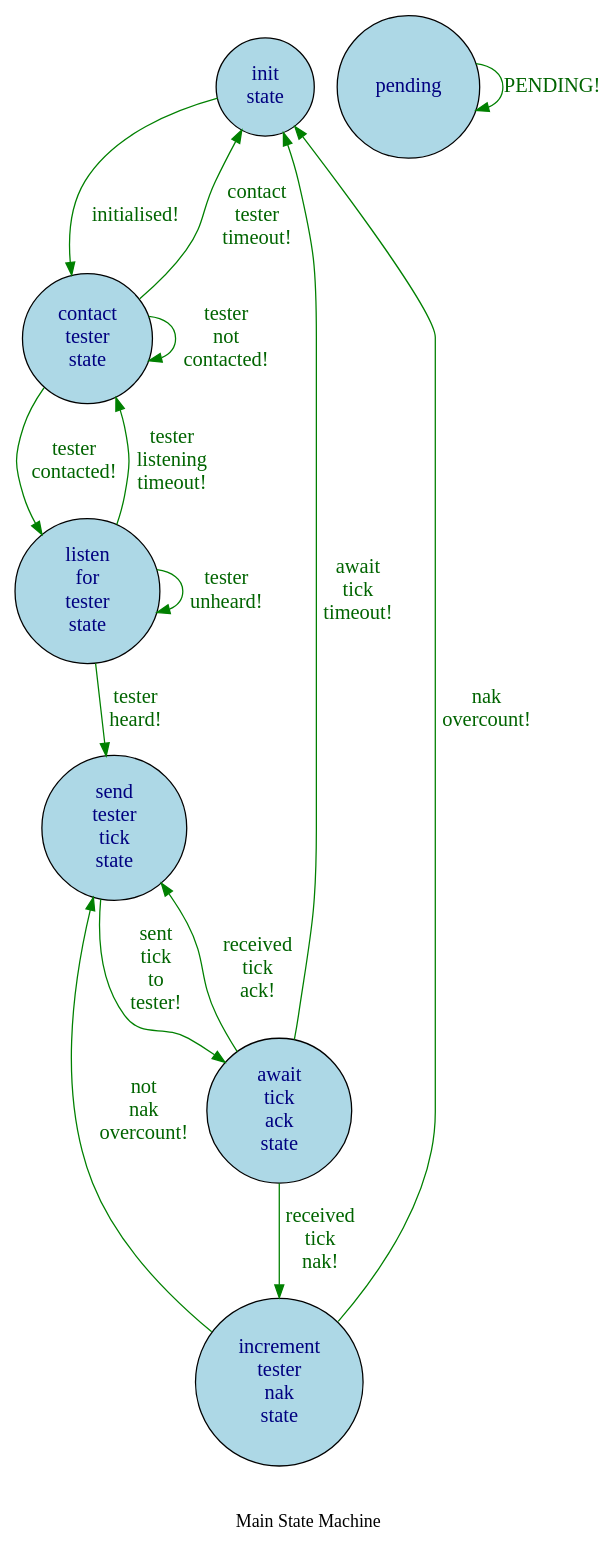
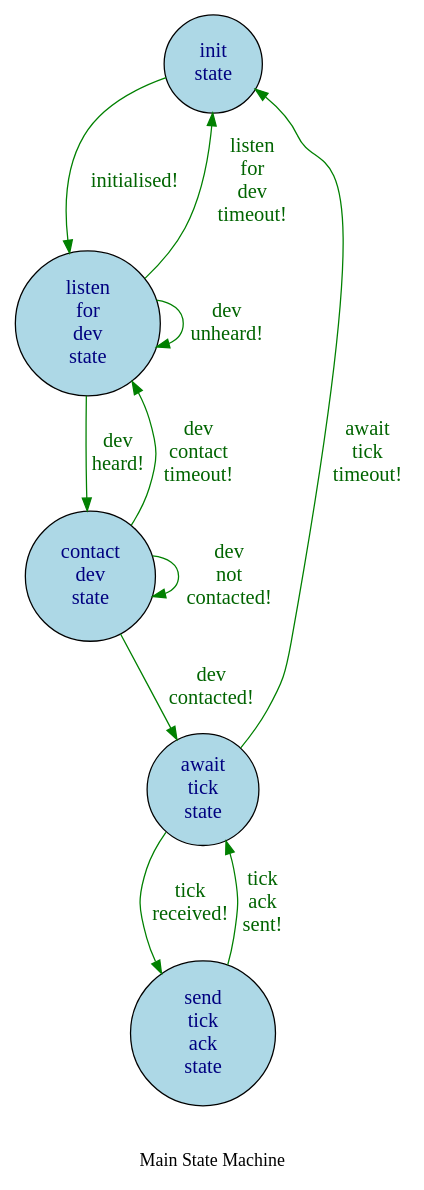
One commit to mjago/sprockets changed the diagram in lib/temp_tertiary_state_machine.dot. Above: the diagram before and after it, drawn with Graphviz. The commit also changed 7 other files, not shown here.

```diff
--- a/lib/temp_tertiary_state_machine.dot
+++ b/lib/temp_tertiary_state_machine.dot
@@ -1,33 +1,25 @@
 digraph draw_state_machine {
   graph [bgcolor = white, label = "\n\nMain State Machine", rankdir = "UD"];
   edge [color = green, fontcolor = darkgreen, fontname = "verdana", fontsize = "16", url = "http://google.com"];
   node [color = black, fillcolor = lightblue, fontcolor = navyblue, fontname = "verdana", fontsize = "16", shape = circle, style = filled, url = "http://google.com"];
   init_state [label = "init\nstate"];
-  init_state -> contact_tester_state [label = "initialised!"];
-  contact_tester_state [label = "contact\ntester\nstate"];
-  contact_tester_state -> contact_tester_state [label = "tester\nnot\ncontacted!"];
-  contact_tester_state [label = "contact\ntester\nstate"];
-  contact_tester_state -> listen_for_tester_state [label = "tester\ncontacted!"];
-  contact_tester_state [label = "contact\ntester\nstate"];
-  contact_tester_state -> init_state [label = "contact\ntester\ntimeout!"];
-  listen_for_tester_state [label = "listen\nfor\ntester\nstate"];
-  listen_for_tester_state -> listen_for_tester_state [label = "tester\nunheard!"];
-  listen_for_tester_state [label = "listen\nfor\ntester\nstate"];
-  listen_for_tester_state -> send_tester_tick_state [label = "tester\nheard!"];
-  listen_for_tester_state [label = "listen\nfor\ntester\nstate"];
-  listen_for_tester_state -> contact_tester_state [label = "tester\nlistening\ntimeout!"];
-  send_tester_tick_state [label = "send\ntester\ntick\nstate"];
-  send_tester_tick_state -> await_tick_ack_state [label = "sent\ntick\nto\ntester!"];
-  await_tick_ack_state [label = "await\ntick\nack\nstate"];
-  await_tick_ack_state -> send_tester_tick_state [label = "received\ntick\nack!"];
-  await_tick_ack_state [label = "await\ntick\nack\nstate"];
-  await_tick_ack_state -> increment_tester_nak_state [label = "received\ntick\nnak!"];
-  await_tick_ack_state [label = "await\ntick\nack\nstate"];
-  await_tick_ack_state -> init_state [label = "await\ntick\ntimeout!"];
-  increment_tester_nak_state [label = "increment\ntester\nnak\nstate"];
-  increment_tester_nak_state -> init_state [label = "nak\novercount!"];
-  increment_tester_nak_state [label = "increment\ntester\nnak\nstate"];
-  increment_tester_nak_state -> send_tester_tick_state [label = "not\nnak\novercount!"];
-  pending [label = "pending"];
-  pending -> pending [label = "PENDING!"];
+  init_state -> listen_for_dev_state [label = "initialised!"];
+  listen_for_dev_state [label = "listen\nfor\ndev\nstate"];
+  listen_for_dev_state -> listen_for_dev_state [label = "dev\nunheard!"];
+  listen_for_dev_state [label = "listen\nfor\ndev\nstate"];
+  listen_for_dev_state -> contact_dev_state [label = "dev\nheard!"];
+  listen_for_dev_state [label = "listen\nfor\ndev\nstate"];
+  listen_for_dev_state -> init_state [label = "listen\nfor\ndev\ntimeout!"];
+  contact_dev_state [label = "contact\ndev\nstate"];
+  contact_dev_state -> contact_dev_state [label = "dev\nnot\ncontacted!"];
+  contact_dev_state [label = "contact\ndev\nstate"];
+  contact_dev_state -> await_tick_state [label = "dev\ncontacted!"];
+  contact_dev_state [label = "contact\ndev\nstate"];
+  contact_dev_state -> listen_for_dev_state [label = "dev\ncontact\ntimeout!"];
+  await_tick_state [label = "await\ntick\nstate"];
+  await_tick_state -> send_tick_ack_state [label = "tick\nreceived!"];
+  await_tick_state [label = "await\ntick\nstate"];
+  await_tick_state -> init_state [label = "await\ntick\ntimeout!"];
+  send_tick_ack_state [label = "send\ntick\nack\nstate"];
+  send_tick_ack_state -> await_tick_state [label = "tick\nack\nsent!"];
 }
```
